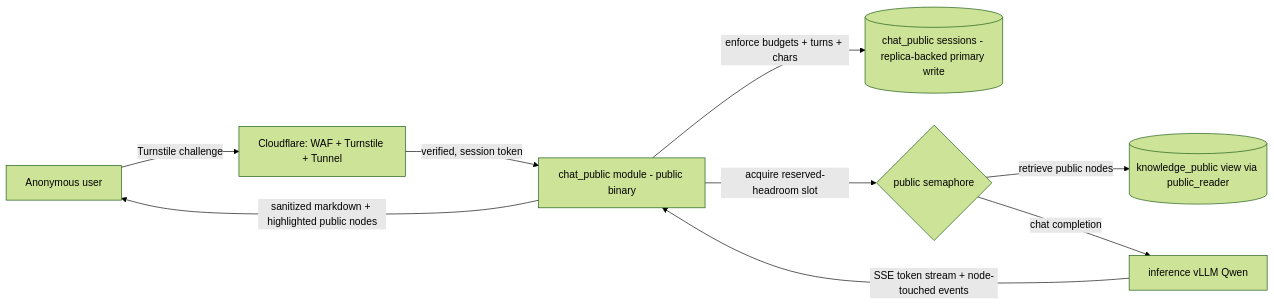
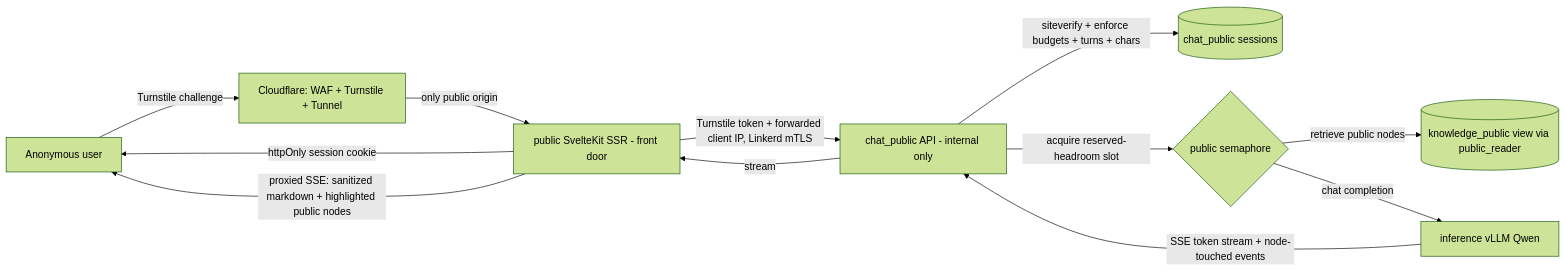
One commit to jomcgi-org/homelab changed the first of 3 diagrams in docs/decisions/security/005-public-chat-adversarial-hardening.md. Above: the diagram before and after it, drawn with Mermaid (forest theme). The commit also changed other lines of this file, not shown here.

Commit message:
docs(adr): route public chat through SSR front door (BFF)

````diff
--- a/docs/decisions/security/005-public-chat-adversarial-hardening.md
+++ b/docs/decisions/security/005-public-chat-adversarial-hardening.md
@@ -70,11 +73,14 @@
 ```mermaid
 graph LR
     User[Anonymous user] -->|Turnstile challenge| CF[Cloudflare: WAF + Turnstile + Tunnel]
-    CF -->|verified, session token| PChat[chat_public module - public binary]
-    PChat -->|enforce budgets + turns + chars| Sess[(chat_public sessions - replica-backed primary write)]
+    CF -->|only public origin| SSR[public SvelteKit SSR - front door]
+    SSR -->|Turnstile token + forwarded client IP, Linkerd mTLS| PChat[chat_public API - internal only]
+    SSR -->|httpOnly session cookie| User
+    PChat -->|siteverify + enforce budgets + turns + chars| Sess[(chat_public sessions)]
     PChat -->|acquire reserved-headroom slot| Sem{public semaphore}
     Sem -->|retrieve public nodes| View[(knowledge_public view via public_reader)]
     Sem -->|chat completion| Qwen[inference vLLM Qwen]
     Qwen -->|SSE token stream + node-touched events| PChat
-    PChat -->|sanitized markdown + highlighted public nodes| User
+    PChat -->|stream| SSR
+    SSR -->|proxied SSE: sanitized markdown + highlighted public nodes| User
 ```
````
